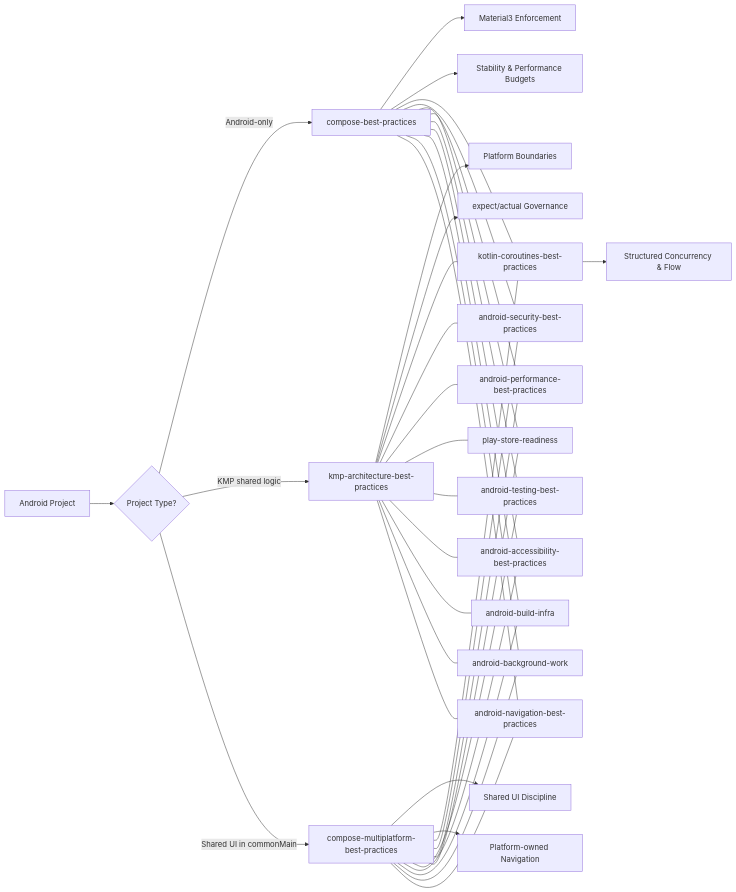
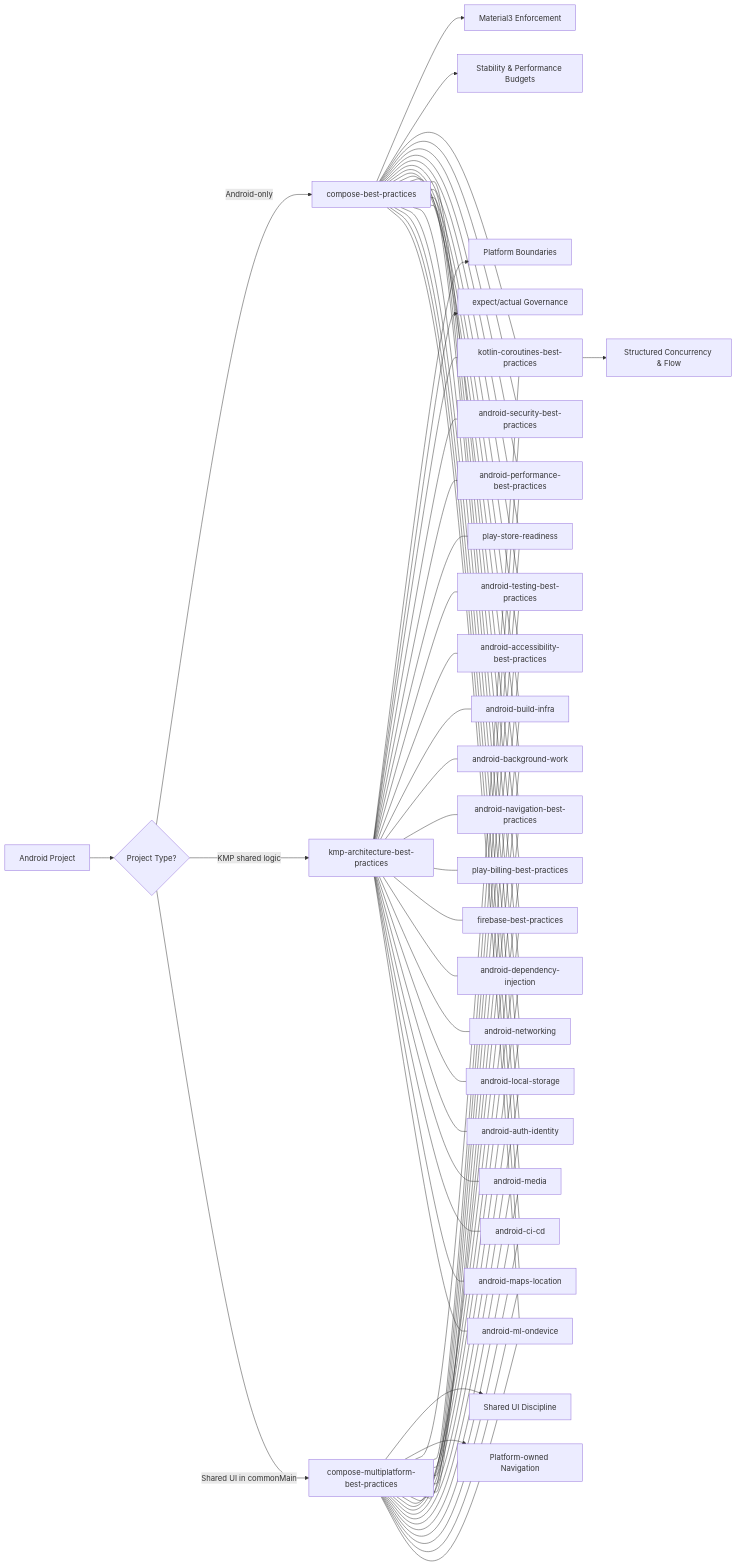
One commit to noloman/Android-AI-skills changed the first of 3 diagrams in README.md. Above: the diagram before and after it, drawn with Mermaid. The commit also changed other lines of this file and 61 other files, not shown here.

First line of the commit message:
feat: add 10 more cross-cutting skills (billing, Firebase, DI, networking, storage, auth, media, CI/CD, maps, ML)

````diff
--- a/README.md
+++ b/README.md
@@ -124,4 +134,54 @@
     C --- U
     D --- U
     E --- U
+
+    V[play-billing-best-practices]
+    C --- V
+    D --- V
+    E --- V
+
+    W[firebase-best-practices]
+    C --- W
+    D --- W
+    E --- W
+
+    X[android-dependency-injection]
+    C --- X
+    D --- X
+    E --- X
+
+    Y[android-networking]
+    C --- Y
+    D --- Y
+    E --- Y
+
+    Z[android-local-storage]
+    C --- Z
+    D --- Z
+    E --- Z
+
+    AA[android-auth-identity]
+    C --- AA
+    D --- AA
+    E --- AA
+
+    AB[android-media]
+    C --- AB
+    D --- AB
+    E --- AB
+
+    AC[android-ci-cd]
+    C --- AC
+    D --- AC
+    E --- AC
+
+    AD[android-maps-location]
+    C --- AD
+    D --- AD
+    E --- AD
+
+    AE[android-ml-ondevice]
+    C --- AE
+    D --- AE
+    E --- AE
 ```
````
